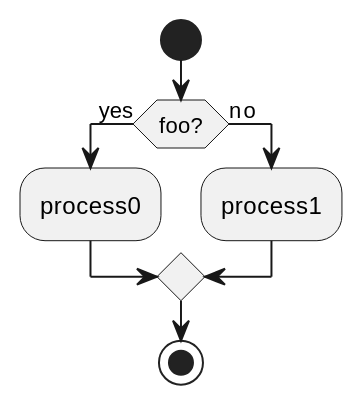
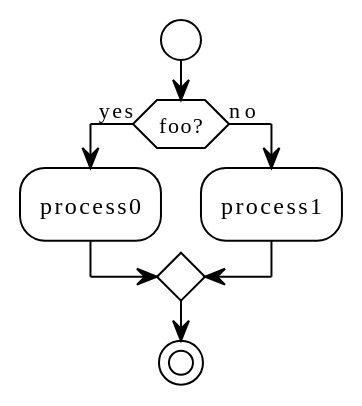
The second of 7 diagrams in content/post/archive-3/plantuml.md (wiloon/blog), drawn with PlantUML before and after one commit. The commit also changed other lines of this file and 6 other files, not shown here.

````diff
--- a/content/post/archive-3/plantuml.md
+++ b/content/post/archive-3/plantuml.md
@@ -80,13 +82,15 @@
 ```puml
 @startuml
+!theme plain
+
 start
 
 if (foo?) then (yes)
   :process0;
 else (no)
   :process1;
 endif
 
 stop
 @enduml
 ```
````
